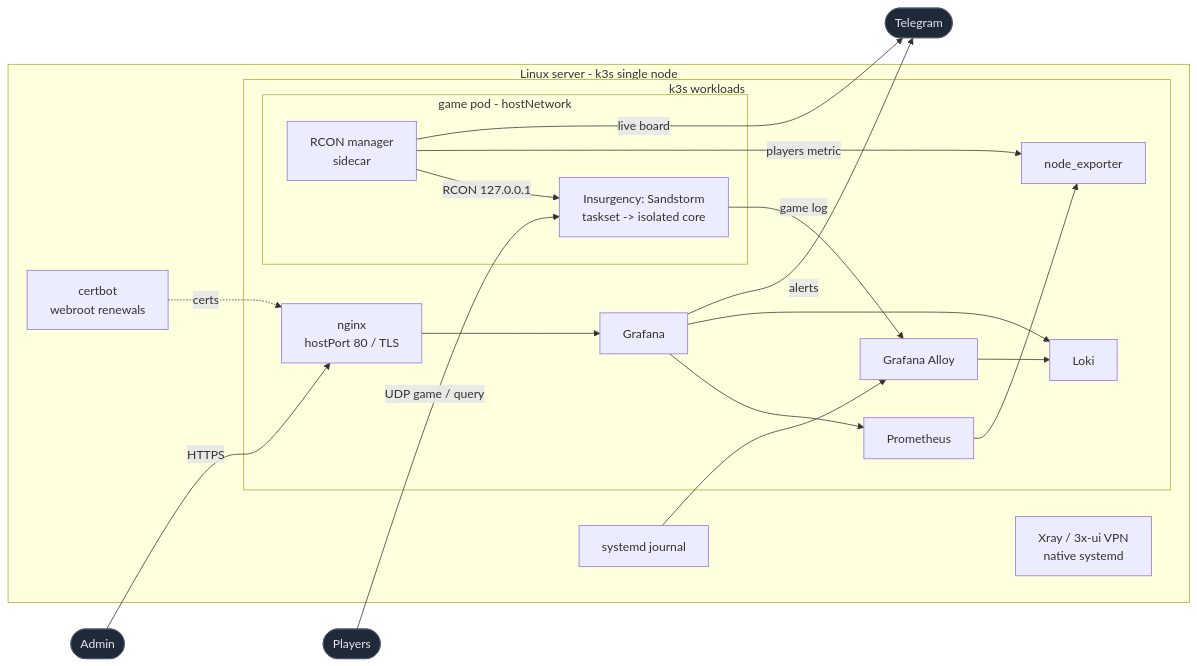
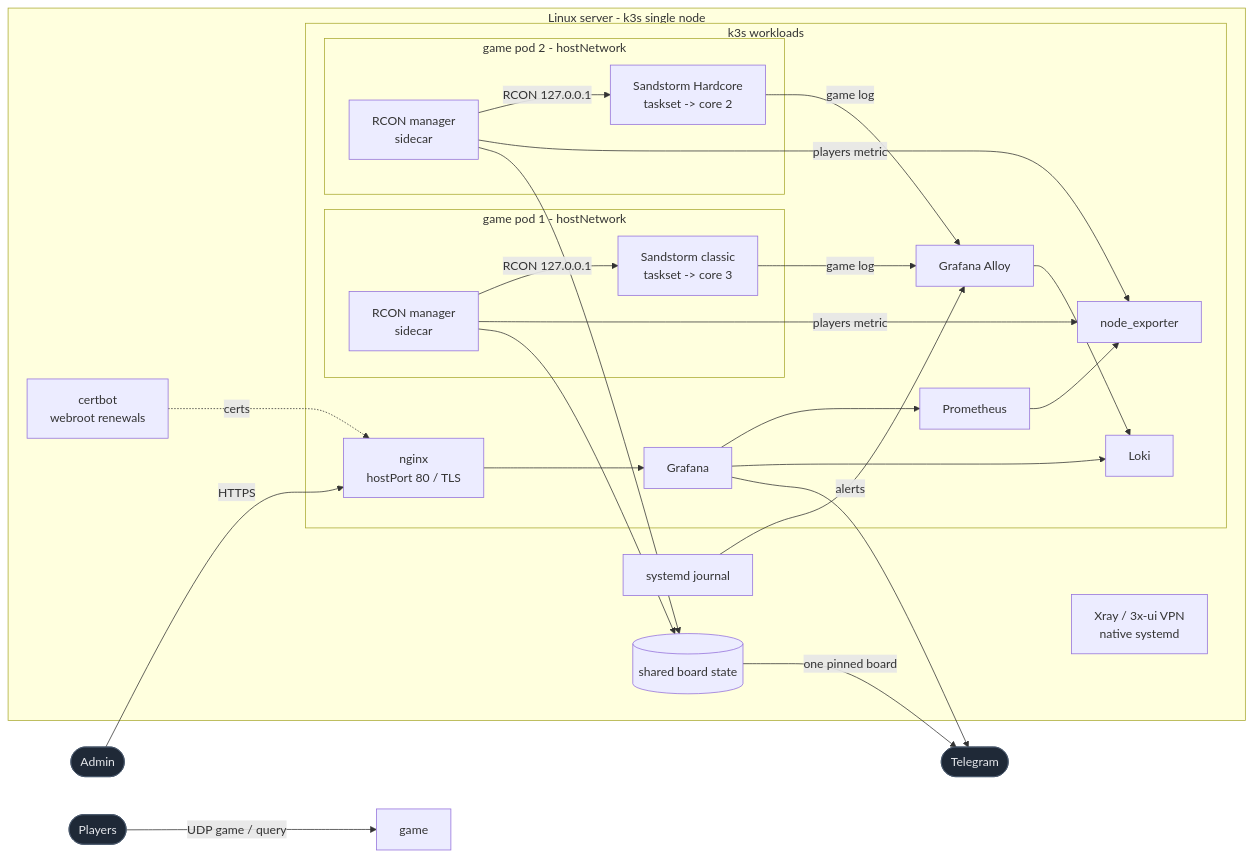
The diagram in README.md (rkarpovets/server-infrastructure), drawn with Mermaid before and after one commit. The commit also changed other lines of this file and 2 other files, not shown here.

First line of the commit message:
docs: two game servers, read-only Game.ini, apply semantics and rollout order (#38)

````diff
--- a/README.md
+++ b/README.md
@@ -52,30 +60,36 @@
 ```mermaid
 flowchart LR
   admin([Admin]):::ext -->|HTTPS| nginx
   players([Players]):::ext -->|UDP game / query| game
 
   subgraph host[Linux server - k3s single node]
     subgraph k8s[k3s workloads]
       nginx[nginx<br/>hostPort 80 / TLS] --> grafana
       grafana[Grafana] --> prometheus[Prometheus]
       grafana --> loki[Loki]
       prometheus --> nodeexp[node_exporter]
       alloy[Grafana Alloy] --> loki
 
-      subgraph pod[game pod - hostNetwork]
-        game[Insurgency: Sandstorm<br/>taskset -> isolated core]
-        manager[RCON manager<br/>sidecar] -->|RCON 127.0.0.1| game
+      subgraph pod1[game pod 1 - hostNetwork]
+        game1[Sandstorm classic<br/>taskset -> core 3]
+        manager1[RCON manager<br/>sidecar] -->|RCON 127.0.0.1| game1
+      end
+      subgraph pod2[game pod 2 - hostNetwork]
+        game2[Sandstorm Hardcore<br/>taskset -> core 2]
+        manager2[RCON manager<br/>sidecar] -->|RCON 127.0.0.1| game2
       end
     end
 
     certbot[certbot<br/>webroot renewals] -.->|certs| nginx
     journald[systemd journal] --> alloy
+    board[(shared board state)]
     xray[Xray / 3x-ui VPN<br/>native systemd]
   end
 
-  manager -->|players metric| nodeexp
-  game -->|game log| alloy
+  manager1 & manager2 -->|players metric| nodeexp
+  game1 & game2 -->|game log| alloy
+  manager1 & manager2 --> board
   grafana -->|alerts| tg([Telegram]):::ext
-  manager -->|live board| tg
+  board -->|one pinned board| tg
   classDef ext fill:#1f2937,stroke:#475569,color:#e5e7eb;
 ```
````
